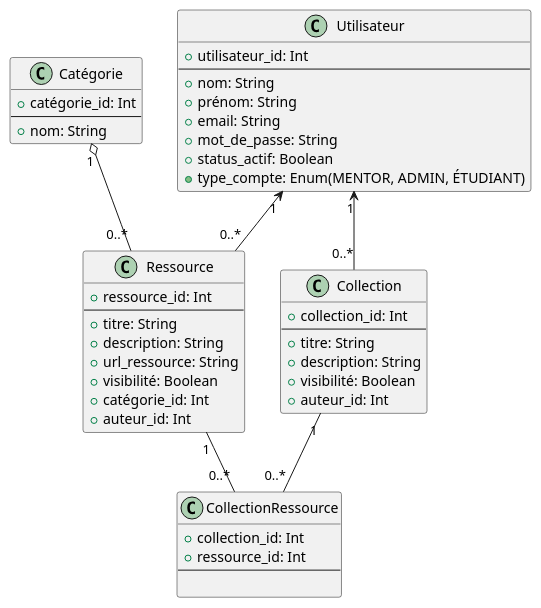
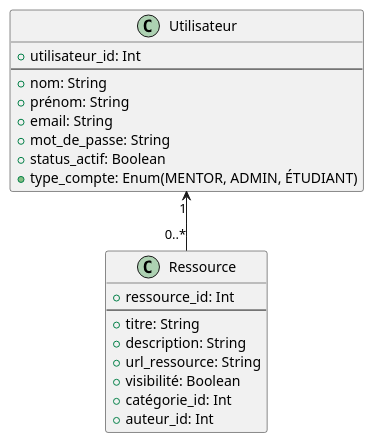
Before and after one commit to EmileDevGit/projet-final-api: the diagram in docs/diagrammes/classes.puml, drawn with PlantUML. The commit also changed 10 other files, not shown here.

Commit message:
ajoue des test unitaire de auth et modification des  uml

```diff
--- a/docs/diagrammes/classes.puml
+++ b/docs/diagrammes/classes.puml
@@ -1,53 +1,29 @@
 @startuml
 class Utilisateur {
   +utilisateur_id: Int
   ---
   +nom: String
   +prénom: String
   +email: String
   +mot_de_passe: String
   +status_actif: Boolean
   +type_compte: Enum(MENTOR, ADMIN, ÉTUDIANT)
 }
 
-class "Catégorie" as Categorie {
-  +catégorie_id: Int
-  ---
-  +nom: String
-}
 
 class Ressource {
   +ressource_id: Int
   ---
   +titre: String
   +description: String
   +url_ressource: String
   +visibilité: Boolean
   +catégorie_id: Int  
   +auteur_id: Int     
 }
 
-class Collection {
-  +collection_id: Int
-  ---
-  +titre: String
-  +description: String
-  +visibilité: Boolean
-  +auteur_id: Int     
-}
 
 
-class CollectionRessource {
-  +collection_id: Int  
-  +ressource_id: Int   
-  ---
 
-}
-
-
-Categorie "1" o-- "0..*" Ressource 
 Utilisateur "1" <-- "0..*" Ressource  
-Utilisateur "1" <-- "0..*" Collection 
-Collection "1" -- "0..*" CollectionRessource
-Ressource  "1" -- "0..*" CollectionRessource
 @enduml
```
